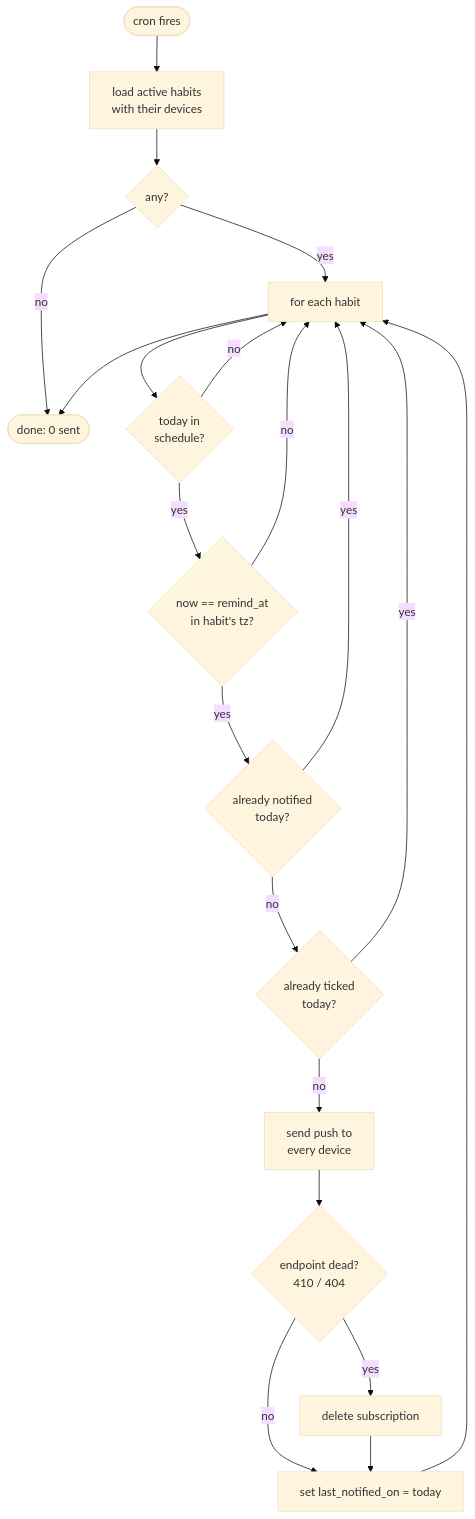
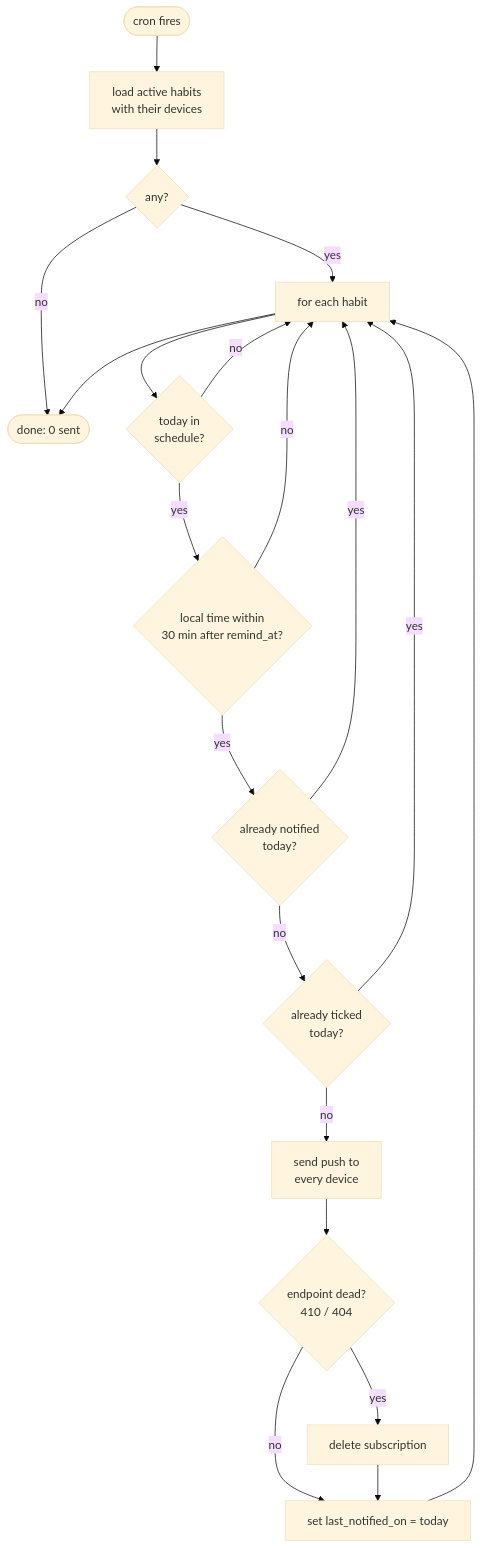
Before and after one commit to KhaledTaymour/habit-tracker: the sixth of 9 diagrams in DESIGN.md, drawn with Mermaid (base theme). The commit also changed other lines of this file and 6 other files, not shown here.

````diff
--- a/DESIGN.md
+++ b/DESIGN.md
@@ -460,22 +499,22 @@
 ```mermaid
 flowchart TD
     A([cron fires]) --> B[load active habits<br/>with their devices]
     B --> C{any?}
     C -- no --> Z([done: 0 sent])
     C -- yes --> D[for each habit]
     D --> E{today in<br/>schedule?}
     E -- no --> D
-    E -- yes --> F{now == remind_at<br/>in habit's tz?}
+    E -- yes --> F{local time within<br/>30 min after remind_at?}
     F -- no --> D
     F -- yes --> G{already notified<br/>today?}
     G -- yes --> D
     G -- no --> H{already ticked<br/>today?}
     H -- yes --> D
     H -- no --> I[send push to<br/>every device]
     I --> J{endpoint dead?<br/>410 / 404}
     J -- yes --> K[delete subscription]
     J -- no --> L[set last_notified_on = today]
     K --> L
     L --> D
     D --> Z
 ```
````
